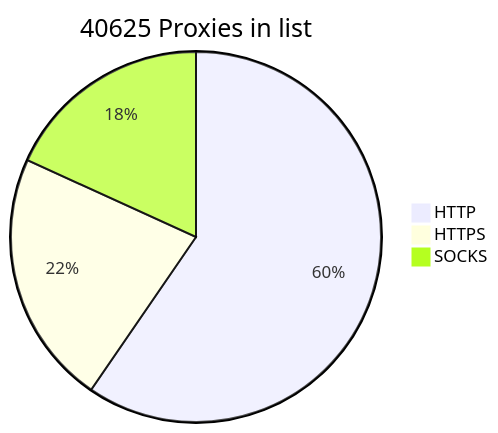
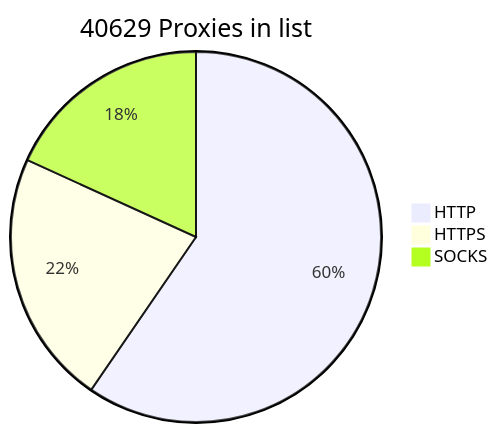
One commit to BlackSnowDot/proxylist-update-every-minute changed the diagram in README.md. Above: the diagram before and after it, drawn with Mermaid.

````diff
--- a/README.md
+++ b/README.md
@@ -2,6 +2,6 @@
 ```mermaid
-pie title 40625 Proxies in list
+pie title 40629 Proxies in list
     "HTTP" : 28391
-    "HTTPS": 10598
+    "HTTPS": 10602
     "SOCKS" : 8668
 ```
````
